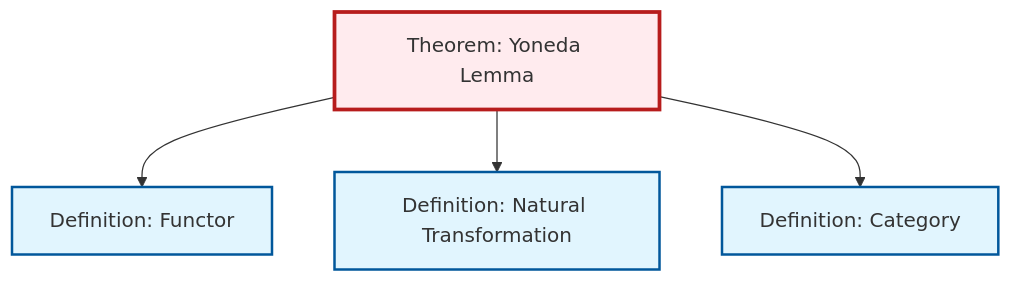
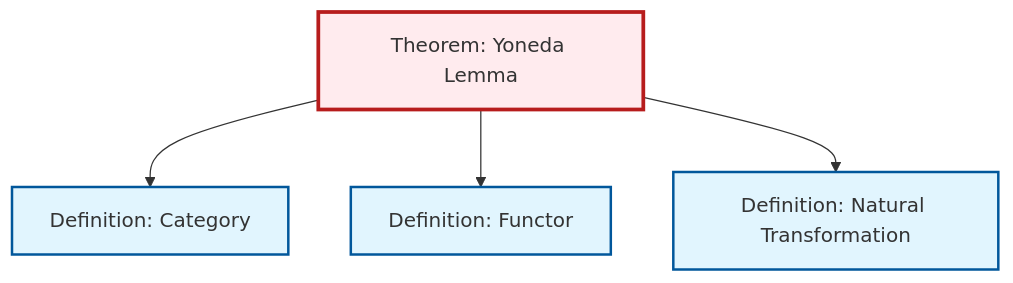
Before and after one commit to RK0429/ModernMath: the diagram in content/en/category-theory/thm-yoneda.qmd, drawn with Mermaid. The commit also changed other lines of this file and 554 other files, not shown here.

````diff
--- a/content/en/category-theory/thm-yoneda.qmd
+++ b/content/en/category-theory/thm-yoneda.qmd
@@ -88,20 +88,20 @@
 ```{mermaid}
 %%| fig-cap: "Local dependency graph"
 graph TD
     classDef definition fill:#e1f5fe,stroke:#01579b,stroke-width:2px
     classDef theorem fill:#f3e5f5,stroke:#4a148c,stroke-width:2px
     classDef axiom fill:#fff3e0,stroke:#e65100,stroke-width:2px
     classDef example fill:#e8f5e9,stroke:#1b5e20,stroke-width:2px
     classDef current fill:#ffebee,stroke:#b71c1c,stroke-width:3px
-    def-natural-transformation["Definition: Natural Transformation"]:::definition
-    def-category["Definition: Category"]:::definition
     def-functor["Definition: Functor"]:::definition
     thm-yoneda["Theorem: Yoneda Lemma"]:::theorem
+    def-category["Definition: Category"]:::definition
+    def-natural-transformation["Definition: Natural Transformation"]:::definition
+    thm-yoneda --> def-category
     thm-yoneda --> def-functor
     thm-yoneda --> def-natural-transformation
-    thm-yoneda --> def-category
     class thm-yoneda current
+    click def-functor "def-functor.html" "Go to Functor definition"
+    click def-category "def-category.html" "Go to Category definition"
     click def-natural-transformation "def-natural-transformation.html" "Go to Natural Transformation definition"
-    click def-category "def-category.html" "Go to Category definition"
-    click def-functor "def-functor.html" "Go to Functor definition"
 ```
````
